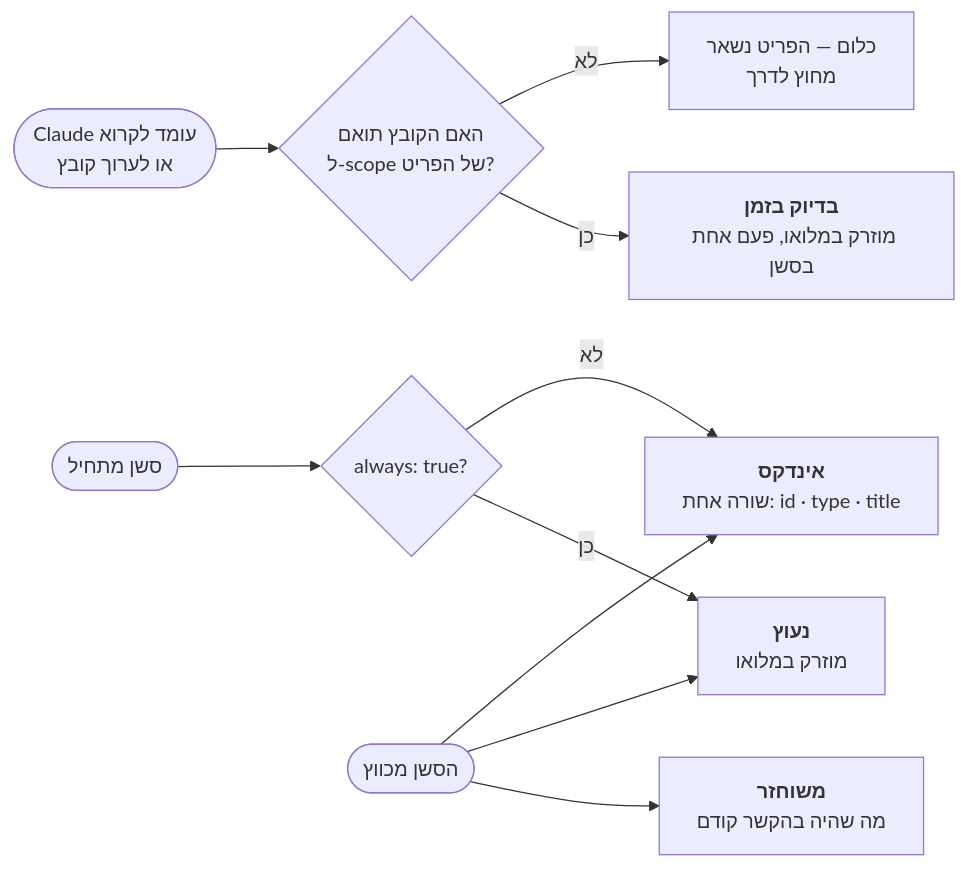
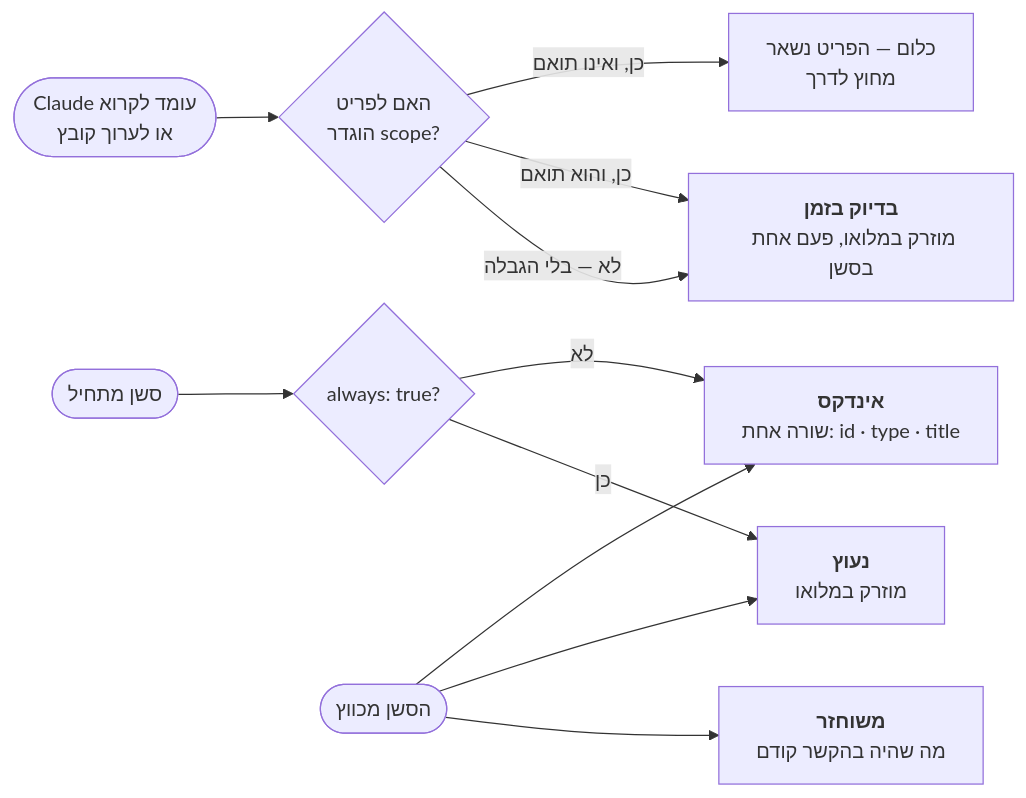
One commit to Dudi-Bar-On/my-context changed the third of 5 diagrams in docs/README.he.md. Above: the diagram before and after it, drawn with Mermaid. The commit also changed other lines of this file and 42 other files, not shown here.

````diff
--- a/docs/README.he.md
+++ b/docs/README.he.md
@@ -401,12 +401,13 @@
 ```mermaid
 flowchart LR
   S(["סשן מתחיל"]) --> Q{"always: true?"}
   Q -->|כן| PIN["<b>נעוץ</b><br/>מוזרק במלואו"]
   Q -->|לא| IDX["<b>אינדקס</b><br/>שורה אחת: id · type · title"]
-  F(["Claude עומד לקרוא<br/>או לערוך קובץ"]) --> G{"האם הקובץ תואם<br/>ל-scope של הפריט?"}
-  G -->|כן| JIT["<b>בדיוק בזמן</b><br/>מוזרק במלואו, פעם אחת בסשן"]
-  G -->|לא| NO["כלום — הפריט נשאר<br/>מחוץ לדרך"]
+  F(["Claude עומד לקרוא<br/>או לערוך קובץ"]) --> G{"האם לפריט<br/>הוגדר scope?"}
+  G -->|"לא — בלי הגבלה"| JIT["<b>בדיוק בזמן</b><br/>מוזרק במלואו, פעם אחת בסשן"]
+  G -->|"כן, והוא תואם"| JIT
+  G -->|"כן, ואינו תואם"| NO["כלום — הפריט נשאר<br/>מחוץ לדרך"]
   C(["הסשן מכווץ"]) --> RES["<b>משוחזר</b><br/>מה שהיה בהקשר קודם"]
   C --> PIN
   C --> IDX
 ```
````
